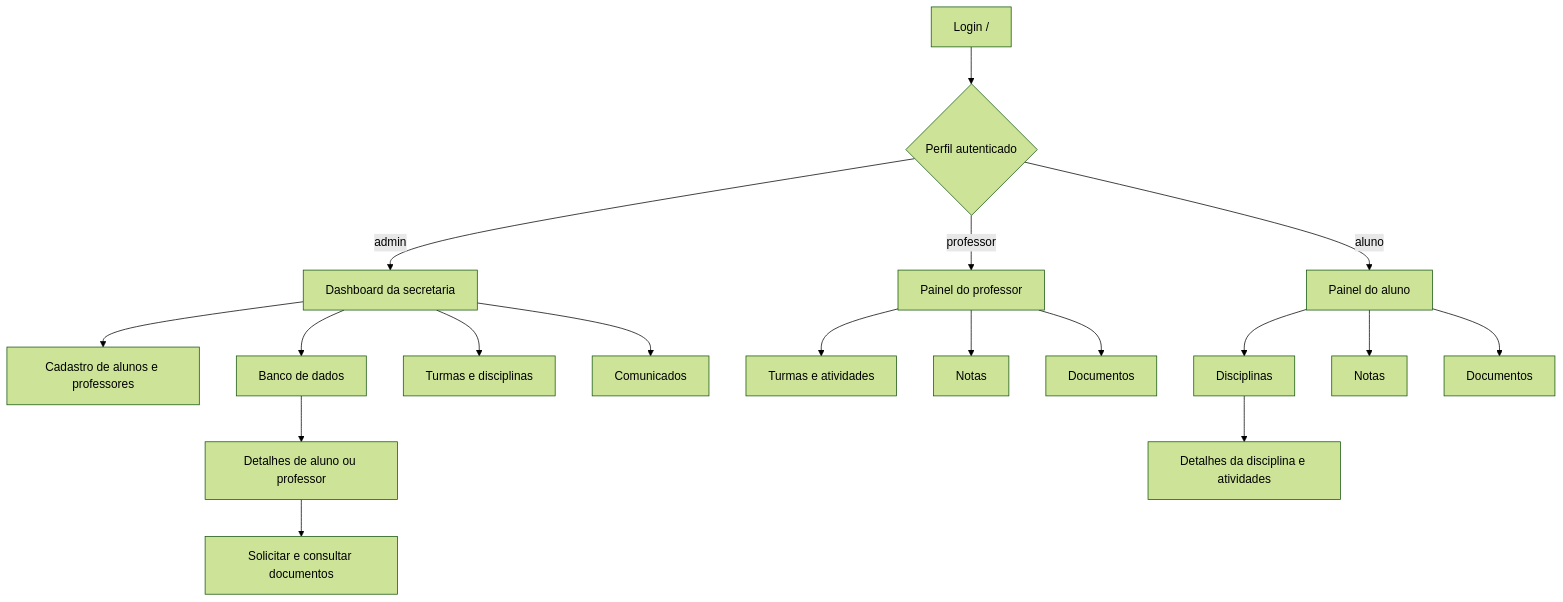
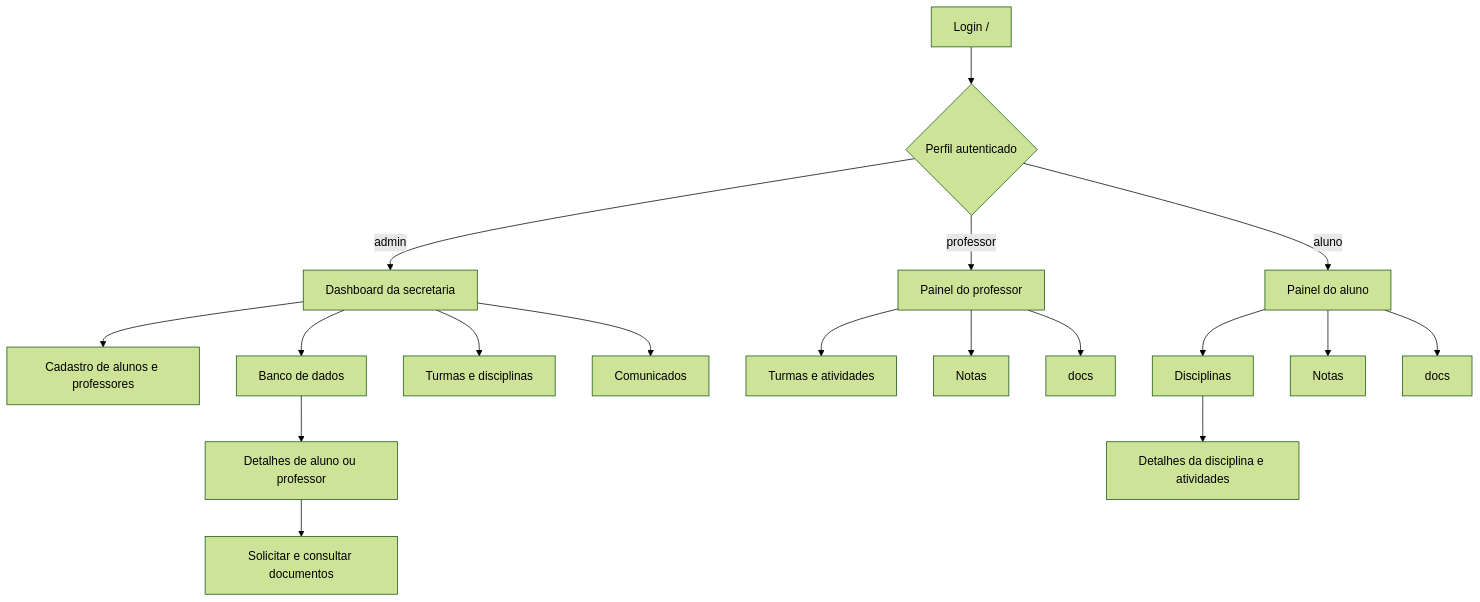
Before and after one commit to Samucau1/Projeto-Educa-Fast: the third of 3 diagrams in README.md, drawn with Mermaid (forest theme). The commit also changed other lines of this file and 318 other files, not shown here.

````diff
--- a/README.md
+++ b/README.md
@@ -167,20 +162,20 @@
 ```mermaid
 flowchart TD
     Login["Login /"] --> Perfil{"Perfil autenticado"}
     Perfil -->|admin| Admin["Dashboard da secretaria"]
     Perfil -->|professor| Professor["Painel do professor"]
     Perfil -->|aluno| Aluno["Painel do aluno"]
     Admin --> Cadastros["Cadastro de alunos e professores"]
     Admin --> Registros["Banco de dados"]
     Registros --> Detalhes["Detalhes de aluno ou professor"]
     Detalhes --> Documentos["Solicitar e consultar documentos"]
     Admin --> Organizacao["Turmas e disciplinas"]
     Admin --> Comunicados["Comunicados"]
     Professor --> PT["Turmas e atividades"]
     Professor --> PN["Notas"]
-    Professor --> PD["Documentos"]
+    Professor --> PD["docs"]
     Aluno --> AD["Disciplinas"]
     AD --> Disciplina["Detalhes da disciplina e atividades"]
     Aluno --> AN["Notas"]
-    Aluno --> AQ["Documentos"]
+    Aluno --> AQ["docs"]
 ```
````
